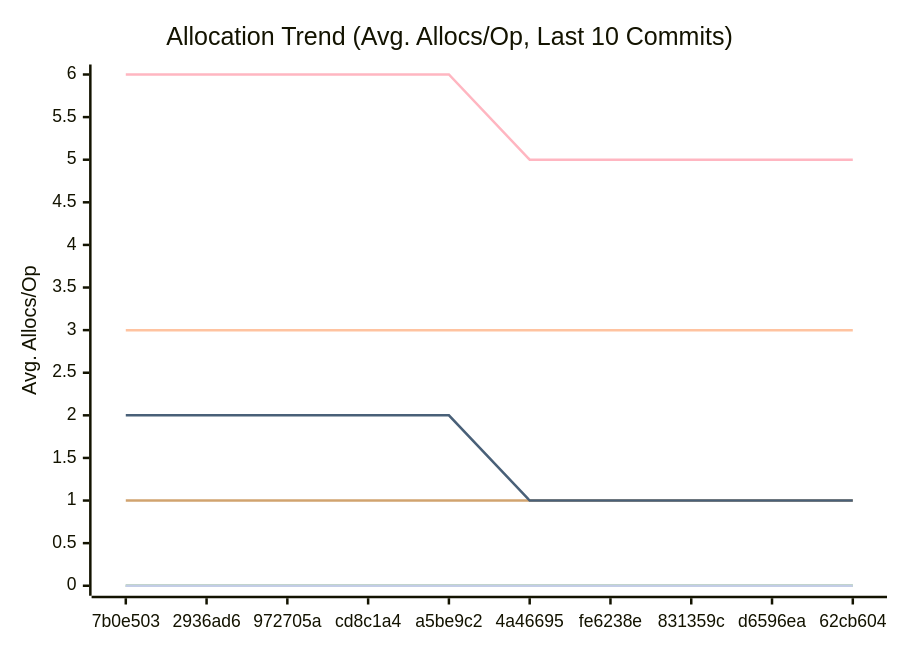
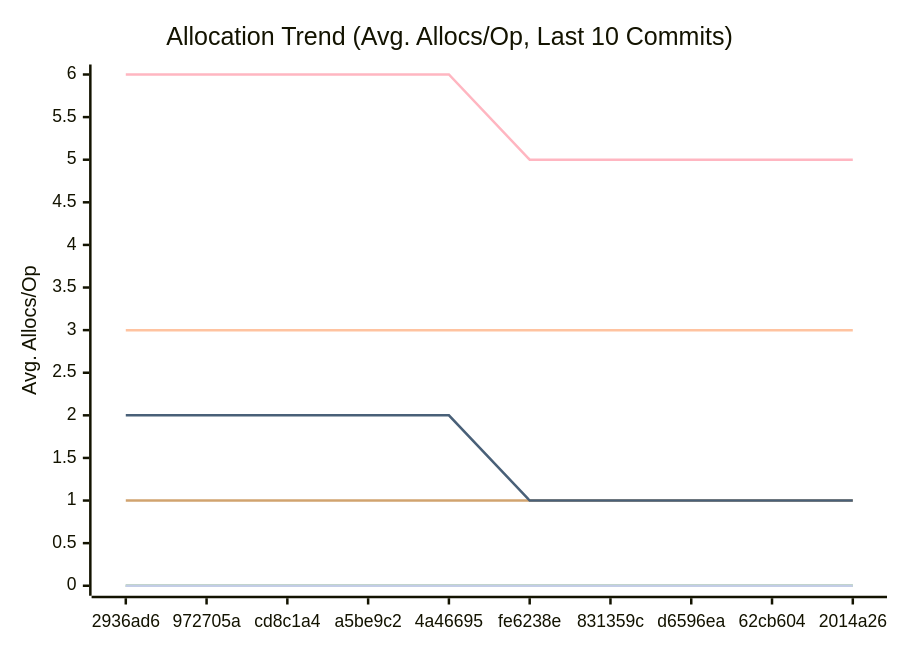
Before and after one commit to alsotoes/momo: the third of 3 diagrams in docs/PERFORMANCE.md, drawn with Mermaid. The commit also changed other lines of this file and 2 other files, not shown here.

````diff
--- a/docs/PERFORMANCE.md
+++ b/docs/PERFORMANCE.md
@@ -114,16 +114,16 @@
 ```mermaid
 xychart-beta
     title "Allocation Trend (Avg. Allocs/Op, Last 10 Commits)"
     x-axis "Commit"
     y-axis "Avg. Allocs/Op"
-    x-axis [7b0e503,2936ad6,972705a,cd8c1a4,a5be9c2,4a46695,fe6238e,831359c,d6596ea,62cb604]
+    x-axis [2936ad6,972705a,cd8c1a4,a5be9c2,4a46695,fe6238e,831359c,d6596ea,62cb604,2014a26]
     line "CheckMetricsAndSwap" [0,0,0,0,0,0,0,0,0,0]
     line "CrushOptimized" [0,0,0,0,0,0,0,0,0,0]
     line "CrushOriginal" [3,3,3,3,3,3,3,3,3,3]
     line "IndexDirectTracking" [0,0,0,0,0,0,0,0,0,0]
     line "IndexSearch" [0,0,0,0,0,0,0,0,0,0]
     line "LoadGlobalConfig" [1,1,1,1,1,1,1,1,1,1]
     line "PadString" [0,0,0,0,0,0,0,0,0,0]
     line "ParseReplicationOrder_NoPrealloc" [6,6,6,6,6,5,5,5,5,5]
     line "ParseReplicationOrder_Prealloc" [2,2,2,2,2,1,1,1,1,1]
 ```
````
